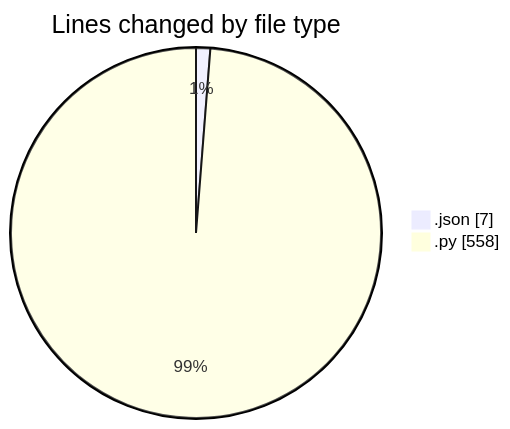
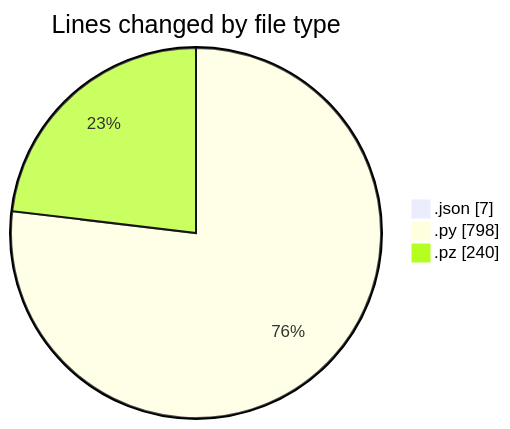
One commit to MatusMokan/code-tracking changed the first of 2 diagrams in 2025-02-18/myws__workspace_/README.md. Above: the diagram before and after it, drawn with Mermaid. The commit also changed other lines of this file and 1 other file, not shown here.

````diff
--- a/2025-02-18/myws__workspace_/README.md
+++ b/2025-02-18/myws__workspace_/README.md
@@ -24,6 +26,7 @@
 ```mermaid
 pie showData
 title Lines changed by file type
 ".json" : 7
-".py" : 558
+".py" : 798
+".pz" : 240
 ```
````
